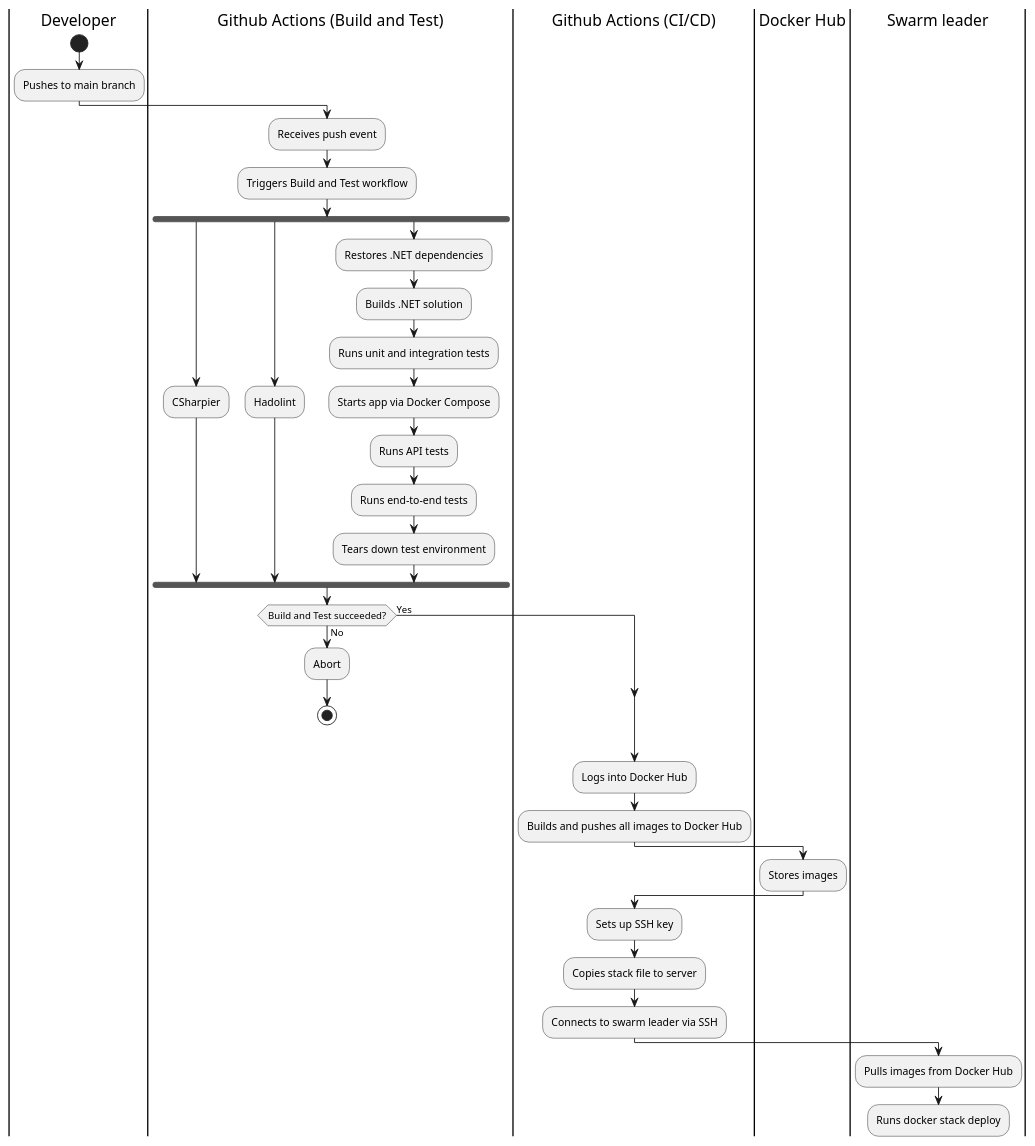
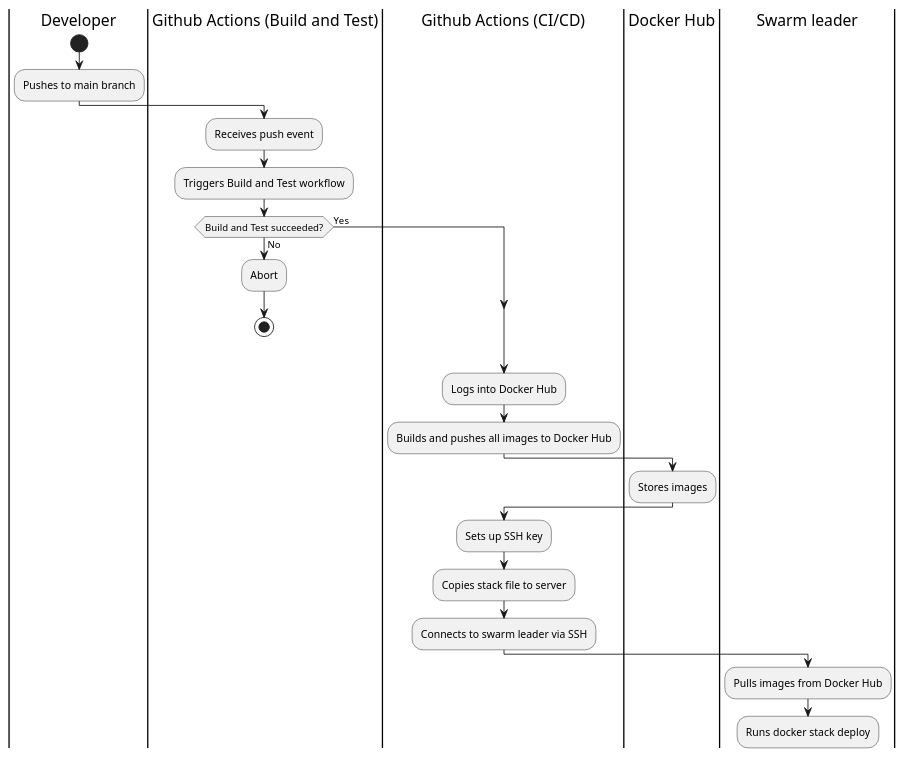
One commit to DevBobs-devops/Devbobs_MiniTwit changed the diagram in report/src/diagrams/cicd.puml. Above: the diagram before and after it, drawn with PlantUML.

```diff
--- a/report/src/diagrams/cicd.puml
+++ b/report/src/diagrams/cicd.puml
@@ -1,59 +1,45 @@
 @startuml cicd_pipeline
 
 |Developer|
 start
 :Pushes to main branch;
 ' Also triggers on pull requests on main, but it might too much to write in the diagram
 
 |Github Actions (Build and Test)|
 :Receives push event;
 :Triggers Build and Test workflow;
-fork
-    :CSharpier;
-fork again
-    :Hadolint;
-fork again
-    :Restores .NET dependencies;
-    :Builds .NET solution;
-    :Runs unit and integration tests;
-    :Starts app via Docker Compose;
-    ' Also waits for app to start, should this be included?
-    :Runs API tests;
-    :Runs end-to-end tests;
-    :Tears down test environment;
-end fork
 
 if (Build and Test succeeded?) then (Yes)
 else (No)
     :Abort;
     stop
 endif
 
 |Github Actions (CI/CD)|
 :Logs into Docker Hub;
 
 ':Builds and pushes minitwit;
 'Should the 'm' in 'minitwit' be capitalized?
 ':Builds and pushes Alloy;
 ':Builds and pushes Loki;
 ':Builds and pushes Prometheus;
 ':Builds and pushes Grafana;
 'This can maybe be shortened if we want the diagram to be smaller.
 :Builds and pushes all images to Docker Hub;
 
 
 |Docker Hub|
 :Stores images;
 
 |Github Actions (CI/CD)|
 :Sets up SSH key;
 :Copies stack file to server;
 :Connects to swarm leader via SSH;
 
 
 |Swarm leader|
 :Pulls images from Docker Hub;
 :Runs docker stack deploy;
 
 
 @enduml
```
